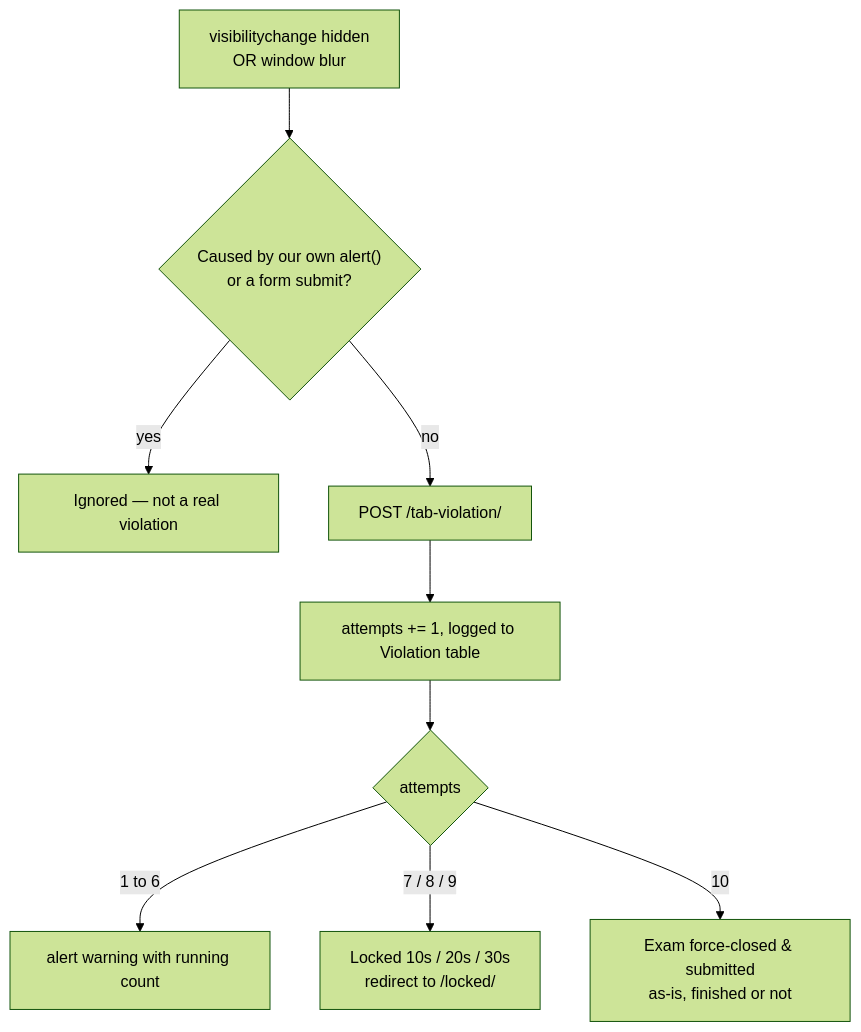
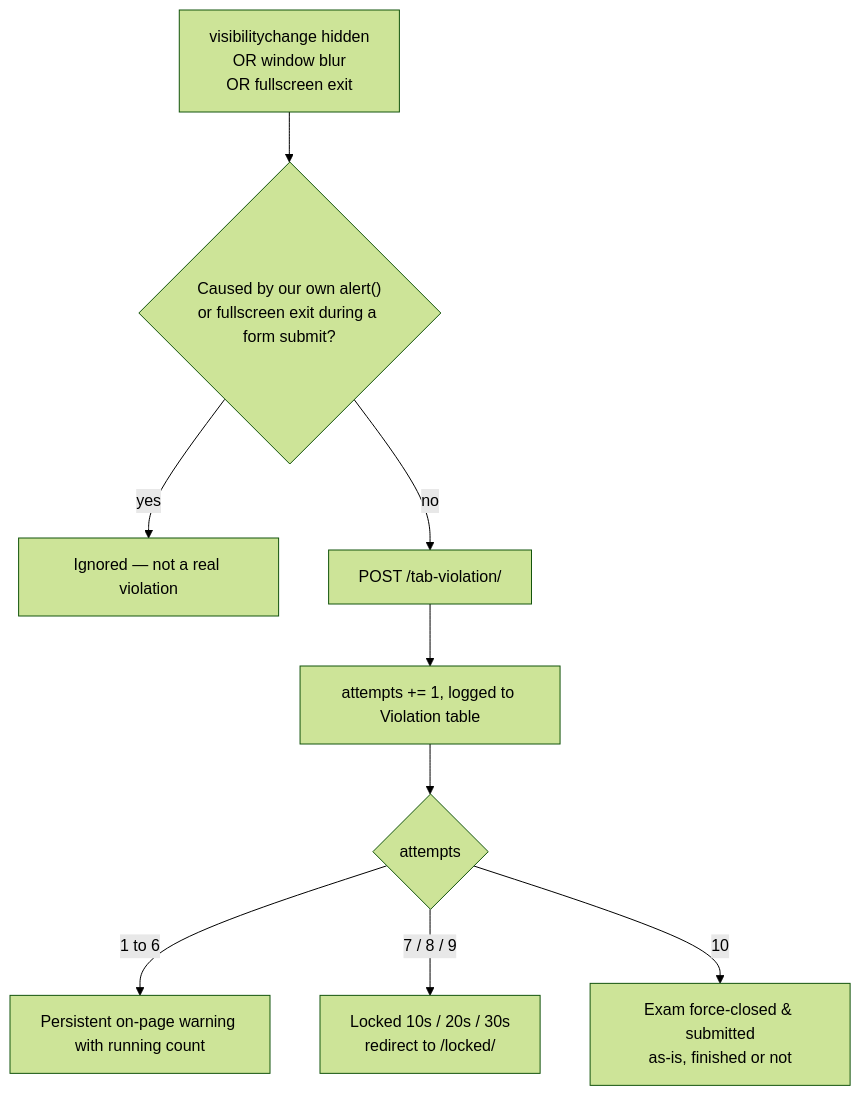
The third of 4 diagrams in README.md (Nazonokage/Anti-Cheat-Exam), drawn with Mermaid (forest theme) before and after one commit. The commit also changed other lines of this file and 15 other files, not shown here.

Commit message:
Release v2.2: fix violation reporting and exam review flow

````diff
--- a/README.md
+++ b/README.md
@@ -66,11 +103,11 @@
 ```mermaid
 flowchart TD
-    V["visibilitychange hidden<br/>OR window blur"] --> Sup{"Caused by our own alert()<br/>or a form submit?"}
+    V["visibilitychange hidden<br/>OR window blur<br/>OR fullscreen exit"] --> Sup{"Caused by our own alert()<br/>or fullscreen exit during a form submit?"}
     Sup -- yes --> Ignore[Ignored — not a real violation]
     Sup -- no --> Rep[POST /tab-violation/]
     Rep --> N[attempts += 1, logged to Violation table]
     N --> C1{attempts}
-    C1 -- 1 to 6 --> Warn[alert warning with running count]
+    C1 -- 1 to 6 --> Warn[Persistent on-page warning with running count]
     C1 -- 7 / 8 / 9 --> Lock[Locked 10s / 20s / 30s<br/>redirect to /locked/]
     C1 -- 10 --> Close[Exam force-closed & submitted<br/>as-is, finished or not]
 ```
````
